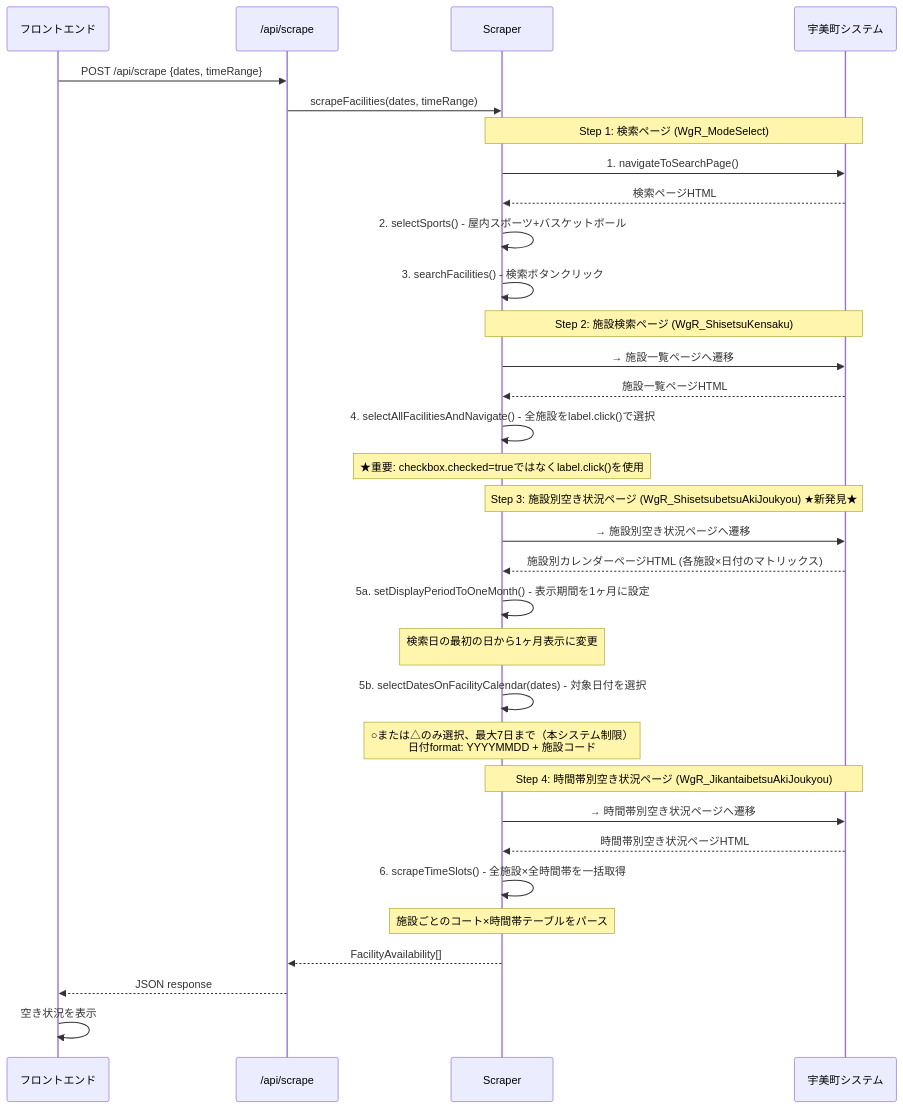
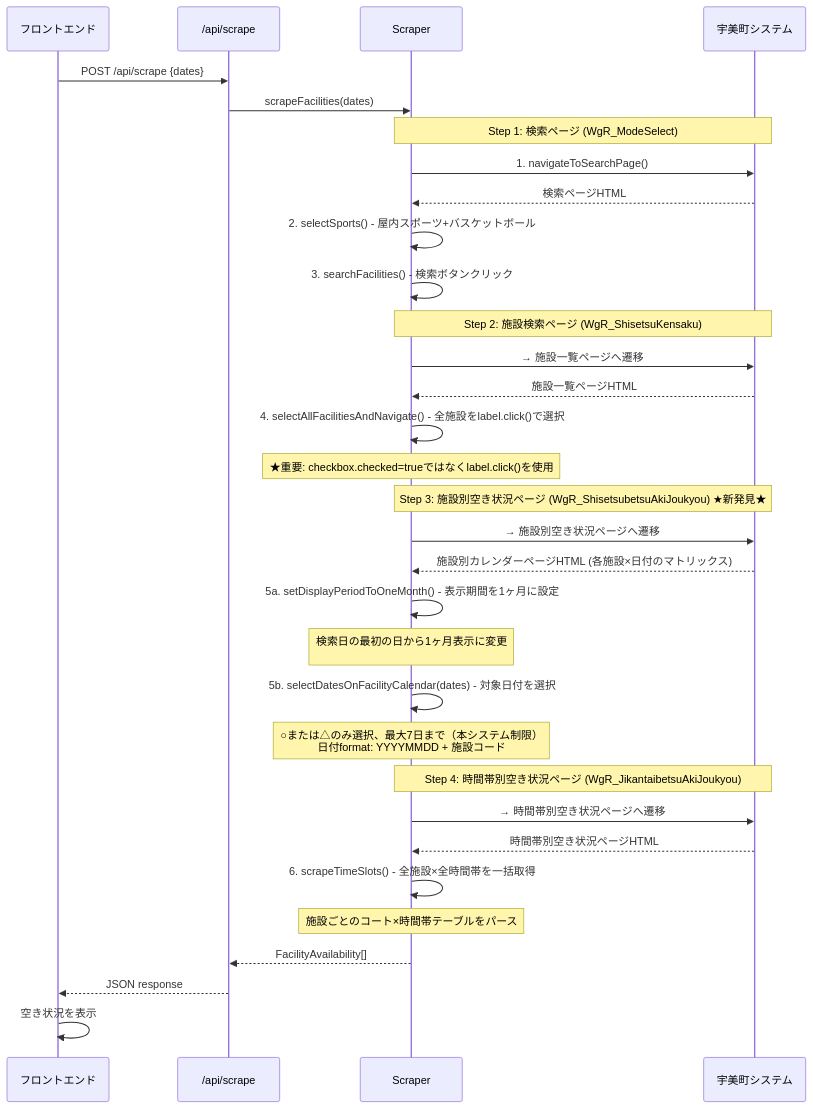
Before and after one commit to MizukiMatsutani/umi-facility-reservation: the second of 2 diagrams in .spec-workflow/specs/umi-facility-search/design.md, drawn with Mermaid. The commit also changed 9 other files, not shown here.

````diff
--- a/.spec-workflow/specs/umi-facility-search/design.md
+++ b/.spec-workflow/specs/umi-facility-search/design.md
@@ -474,40 +474,40 @@
 ```mermaid
 sequenceDiagram
     participant UI as フロントエンド
     participant API as /api/scrape
     participant SC as Scraper
     participant EXT as 宇美町システム
 
-    UI->>API: POST /api/scrape {dates, timeRange}
-    API->>SC: scrapeFacilities(dates, timeRange)
+    UI->>API: POST /api/scrape {dates}
+    API->>SC: scrapeFacilities(dates)
 
     Note over SC,EXT: Step 1: 検索ページ (WgR_ModeSelect)
     SC->>EXT: 1. navigateToSearchPage()
     EXT-->>SC: 検索ページHTML
     SC->>SC: 2. selectSports() - 屋内スポーツ+バスケットボール
     SC->>SC: 3. searchFacilities() - 検索ボタンクリック
 
     Note over SC,EXT: Step 2: 施設検索ページ (WgR_ShisetsuKensaku)
     SC->>EXT: → 施設一覧ページへ遷移
     EXT-->>SC: 施設一覧ページHTML
     SC->>SC: 4. selectAllFacilitiesAndNavigate() - 全施設をlabel.click()で選択
     Note over SC: ★重要: checkbox.checked=trueではなくlabel.click()を使用
 
     Note over SC,EXT: Step 3: 施設別空き状況ページ (WgR_ShisetsubetsuAkiJoukyou) ★新発見★
     SC->>EXT: → 施設別空き状況ページへ遷移
     EXT-->>SC: 施設別カレンダーページHTML (各施設×日付のマトリックス)
     SC->>SC: 5a. setDisplayPeriodToOneMonth() - 表示期間を1ヶ月に設定
     Note over SC: 検索日の最初の日から1ヶ月表示に変更<br/>#dpStartDate, #radioPeriod1month, #btnHyoji
     SC->>SC: 5b. selectDatesOnFacilityCalendar(dates) - 対象日付を選択
     Note over SC: ○または△のみ選択、最大7日まで（本システム制限）<br/>日付format: YYYYMMDD + 施設コード
 
     Note over SC,EXT: Step 4: 時間帯別空き状況ページ (WgR_JikantaibetsuAkiJoukyou)
     SC->>EXT: → 時間帯別空き状況ページへ遷移
     EXT-->>SC: 時間帯別空き状況ページHTML
     SC->>SC: 6. scrapeTimeSlots() - 全施設×全時間帯を一括取得
     Note over SC: 施設ごとのコート×時間帯テーブルをパース
 
     SC-->>API: FacilityAvailability[]
     API-->>UI: JSON response
     UI->>UI: 空き状況を表示
 ```
````
